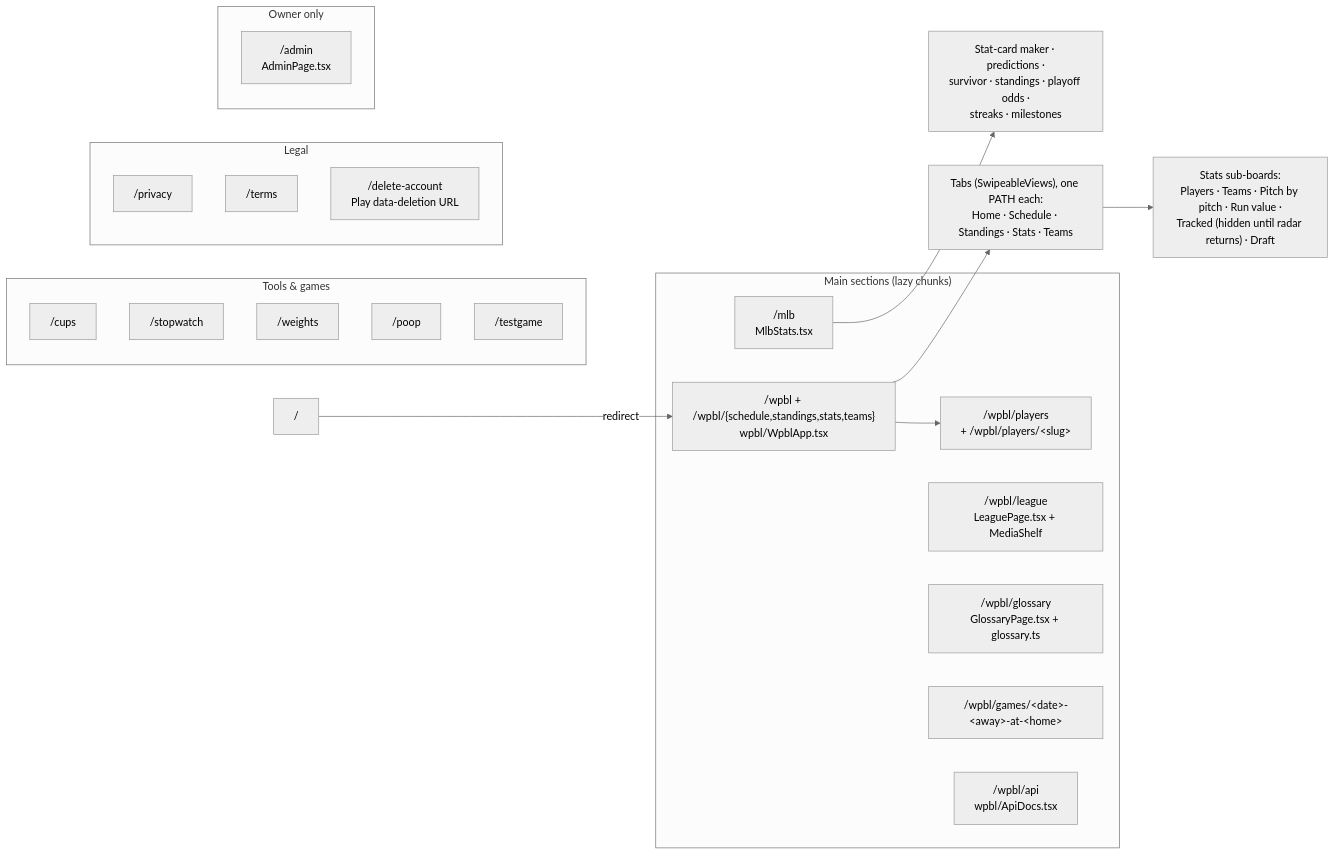
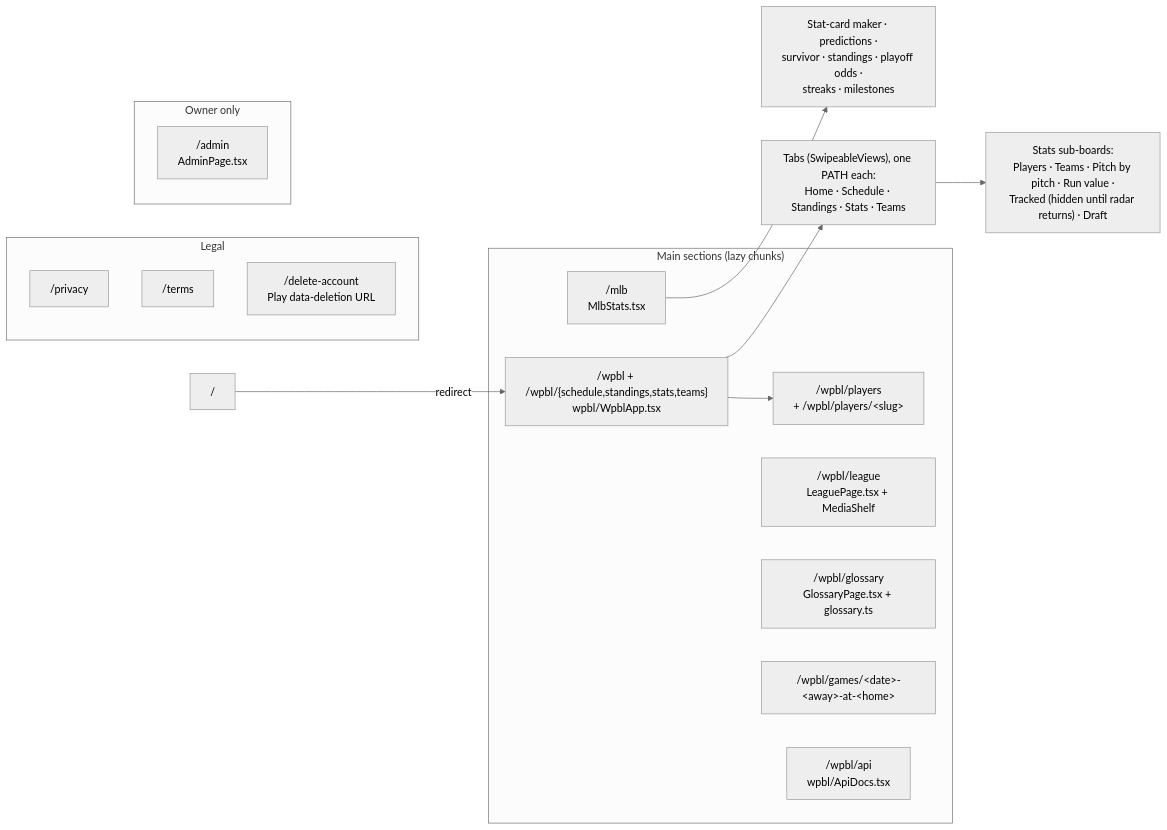
Before and after one commit to sportydolphin/fun: the second of 5 diagrams in ARCHITECTURE.md, drawn with Mermaid (neutral theme). The commit also changed 35 other files, not shown here.

````diff
--- a/ARCHITECTURE.md
+++ b/ARCHITECTURE.md
@@ -98,36 +98,28 @@
 ```mermaid
 flowchart LR
     subgraph Main["Main sections (lazy chunks)"]
         mlb["/mlb<br/>MlbStats.tsx"]
         wpbl["/wpbl + /wpbl/{schedule,standings,stats,teams}<br/>wpbl/WpblApp.tsx"]
         wplayers["/wpbl/players<br/>+ /wpbl/players/&lt;slug&gt;"]
         wleague["/wpbl/league<br/>LeaguePage.tsx + MediaShelf"]
         wgloss["/wpbl/glossary<br/>GlossaryPage.tsx + glossary.ts"]
         wgames["/wpbl/games/&lt;date&gt;-&lt;away&gt;-at-&lt;home&gt;"]
         api["/wpbl/api<br/>wpbl/ApiDocs.tsx"]
-    end
-
-    subgraph Tools["Tools & games"]
-        cups["/cups"]
-        sw["/stopwatch"]
-        wt["/weights"]
-        poop["/poop"]
-        tg["/testgame"]
     end
 
     subgraph Legal["Legal"]
         priv["/privacy"]
         terms["/terms"]
         del["/delete-account<br/>Play data-deletion URL"]
     end
 
     subgraph Owner["Owner only"]
         adm["/admin<br/>AdminPage.tsx"]
     end
 
     root["/"] -->|redirect| wpbl
     wpbl --> wtabs["Tabs (SwipeableViews), one PATH each:<br/>Home · Schedule · Standings · Stats · Teams"]
     wtabs --> wstats["Stats sub-boards:<br/>Players · Teams · Pitch by pitch · Run value ·<br/>Tracked (hidden until radar returns) · Draft"]
     wpbl --> wplayers
     mlb --> mtabs["Stat-card maker · predictions ·<br/>survivor · standings · playoff odds ·<br/>streaks · milestones"]
 ```
````
